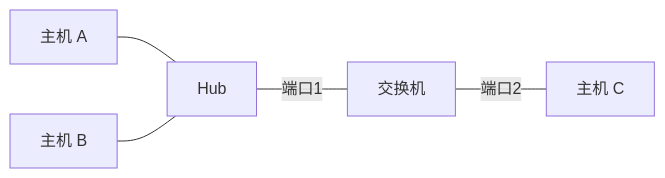
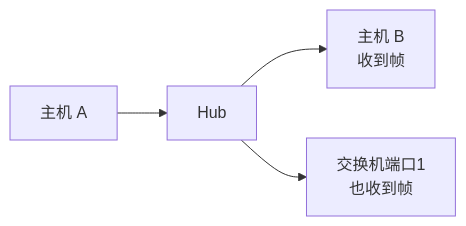
The third of 3 diagrams in 01_综合知识/01_计算机系统基础知识/03_计算机网络/04_局域网与二层技术/MAC地址与交换机转发表.md (74262195/system-architect-notes), drawn with Mermaid before and after one commit. The commit also changed other lines of this file, not shown here.

````diff
--- a/01_综合知识/01_计算机系统基础知识/03_计算机网络/04_局域网与二层技术/MAC地址与交换机转发表.md
+++ b/01_综合知识/01_计算机系统基础知识/03_计算机网络/04_局域网与二层技术/MAC地址与交换机转发表.md
@@ -168,7 +166,6 @@
 ```mermaid
 flowchart LR
-    A[主机 A] --- H[Hub]
-    B[主机 B] --- H
-    H ---|端口1| S[交换机]
-    S ---|端口2| C[主机 C]
+    A[主机 A] --> H[Hub]
+    H --> B[主机 B<br/>收到帧]
+    H --> S[交换机端口1<br/>也收到帧]
 ```
````
